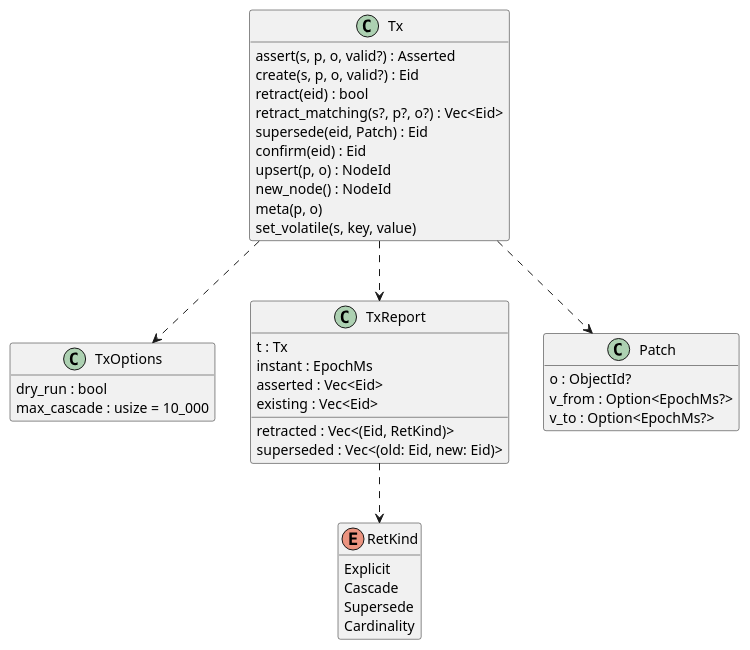
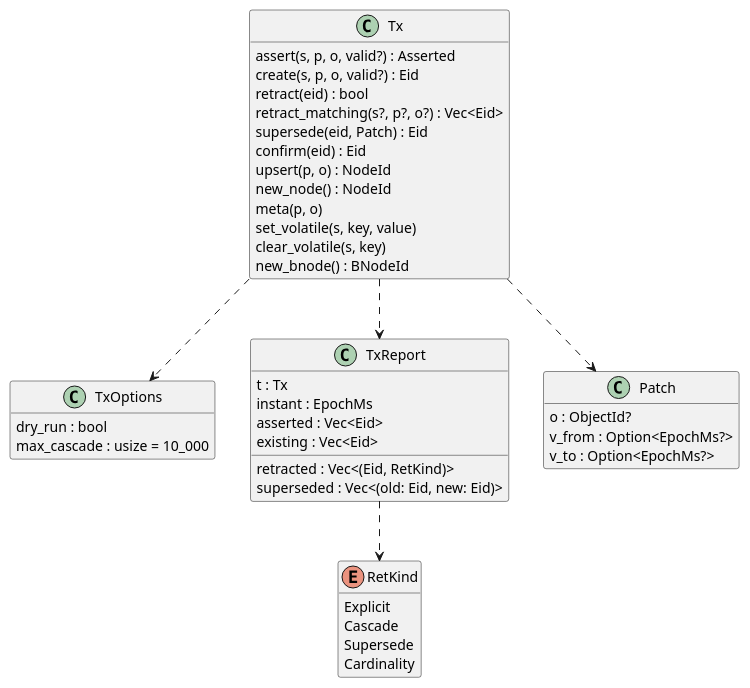
The second of 4 diagrams in lat.md/time-model.md (Volland/tiramemsu), drawn with PlantUML before and after one commit. The commit also changed 65 other files, not shown here.

````diff
--- a/lat.md/time-model.md
+++ b/lat.md/time-model.md
@@ -51,45 +51,47 @@
 ```plantuml
 @startuml tx-api
 skinparam shadowing false
 hide empty members
 class Tx {
   assert(s, p, o, valid?) : Asserted
   create(s, p, o, valid?) : Eid
   retract(eid) : bool
   retract_matching(s?, p?, o?) : Vec<Eid>
   supersede(eid, Patch) : Eid
   confirm(eid) : Eid
   upsert(p, o) : NodeId
   new_node() : NodeId
   meta(p, o)
   set_volatile(s, key, value)
+  clear_volatile(s, key)
+  new_bnode() : BNodeId
 }
 class TxOptions {
   dry_run : bool
   max_cascade : usize = 10_000
 }
 class TxReport {
   t : Tx
   instant : EpochMs
   asserted : Vec<Eid>
   existing : Vec<Eid>
   retracted : Vec<(Eid, RetKind)>
   superseded : Vec<(old: Eid, new: Eid)>
 }
 class Patch {
   o : ObjectId?
   v_from : Option<EpochMs?>
   v_to : Option<EpochMs?>
 }
 enum RetKind {
   Explicit
   Cascade
   Supersede
   Cardinality
 }
 Tx ..> TxReport
 Tx ..> Patch
 TxReport ..> RetKind
 Tx ..> TxOptions
 @enduml
 ```
````
